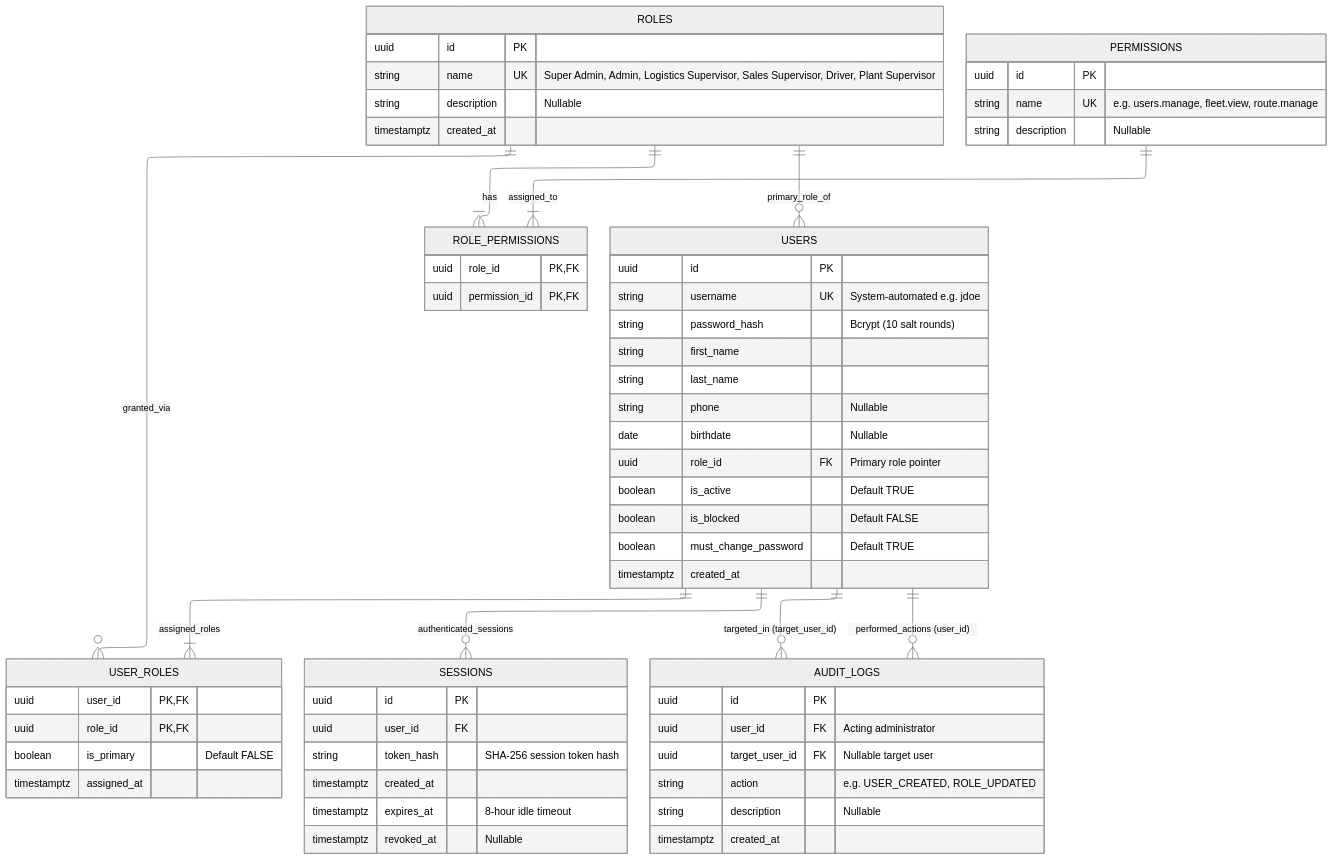
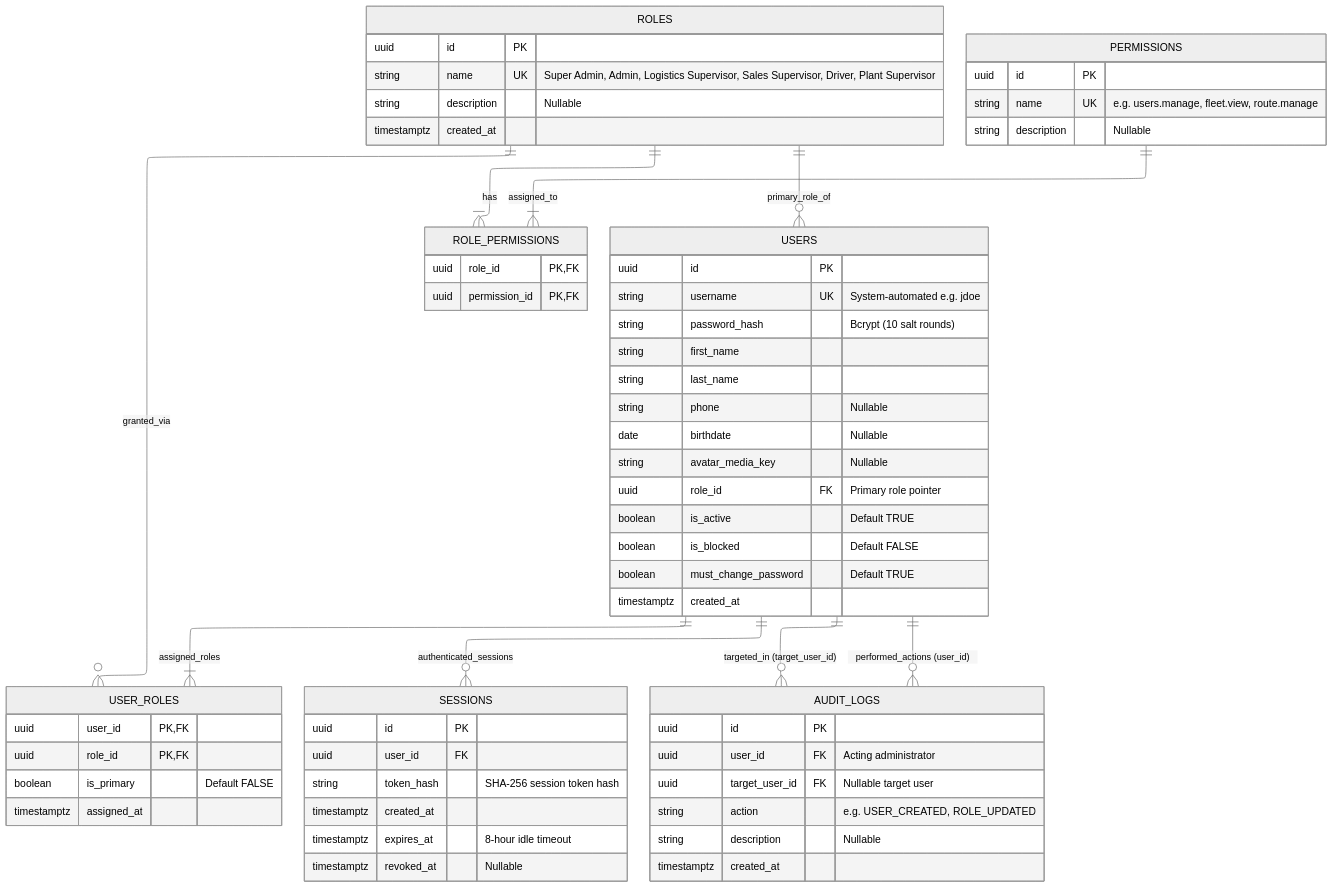
One commit to madayawgas/madayawgas-backend changed the diagram in docs/ERD_mermaid/users_and_rbac_erd.md. Above: the diagram before and after it, drawn with Mermaid. The commit also changed other lines of this file and 35 other files, not shown here.

```diff
--- a/docs/ERD_mermaid/users_and_rbac_erd.md
+++ b/docs/ERD_mermaid/users_and_rbac_erd.md
@@ -51,6 +51,7 @@
         string last_name
         string phone "Nullable"
         date birthdate "Nullable"
+        string avatar_media_key "Nullable"
         uuid role_id FK "Primary role pointer"
         boolean is_active "Default TRUE"
         boolean is_blocked "Default FALSE"
```
